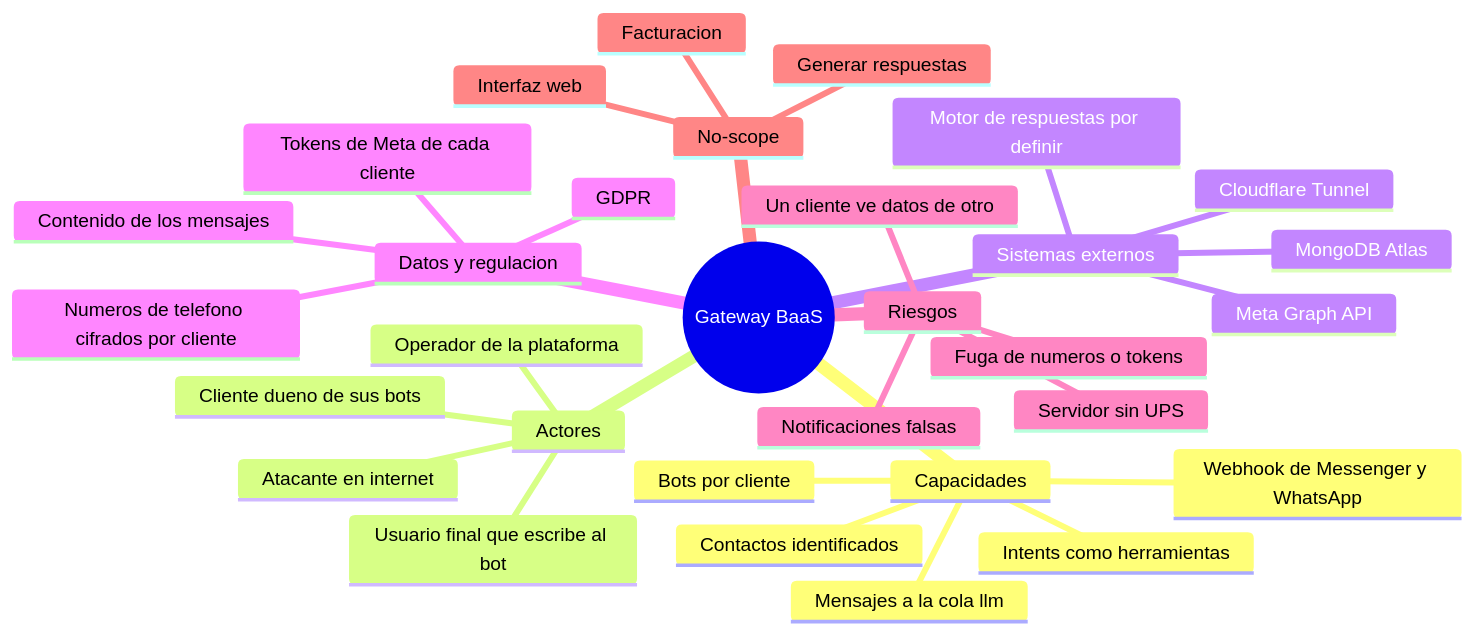
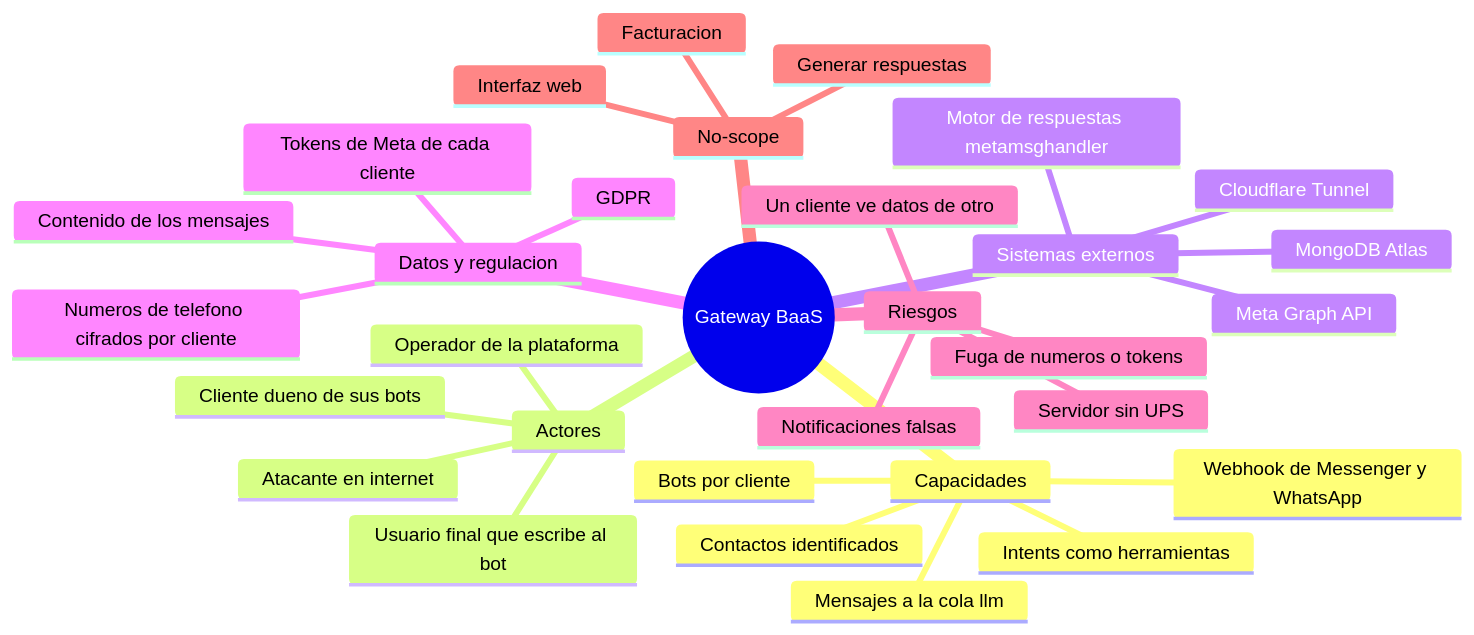
Before and after one commit to jeremialcala/wh-python-fastapi-messenger: the diagram in docs/00-project/charter.md, drawn with Mermaid. The commit also changed other lines of this file and 5 other files, not shown here.

````diff
--- a/docs/00-project/charter.md
+++ b/docs/00-project/charter.md
@@ -43,34 +44,34 @@
 ```mermaid
 mindmap
   root((Gateway BaaS))
     Capacidades
       Bots por cliente
       Webhook de Messenger y WhatsApp
       Contactos identificados
       Mensajes a la cola llm
       Intents como herramientas
     Actores
       Cliente dueno de sus bots
       Usuario final que escribe al bot
       Operador de la plataforma
       Atacante en internet
     Sistemas externos
       Meta Graph API
       MongoDB Atlas
-      Motor de respuestas por definir
+      Motor de respuestas metamsghandler
       Cloudflare Tunnel
     Datos y regulacion
       Numeros de telefono cifrados por cliente
       Contenido de los mensajes
       Tokens de Meta de cada cliente
       GDPR
     Riesgos
       Un cliente ve datos de otro
       Fuga de numeros o tokens
       Notificaciones falsas
       Servidor sin UPS
     No-scope
       Generar respuestas
       Interfaz web
       Facturacion
 ```
````
